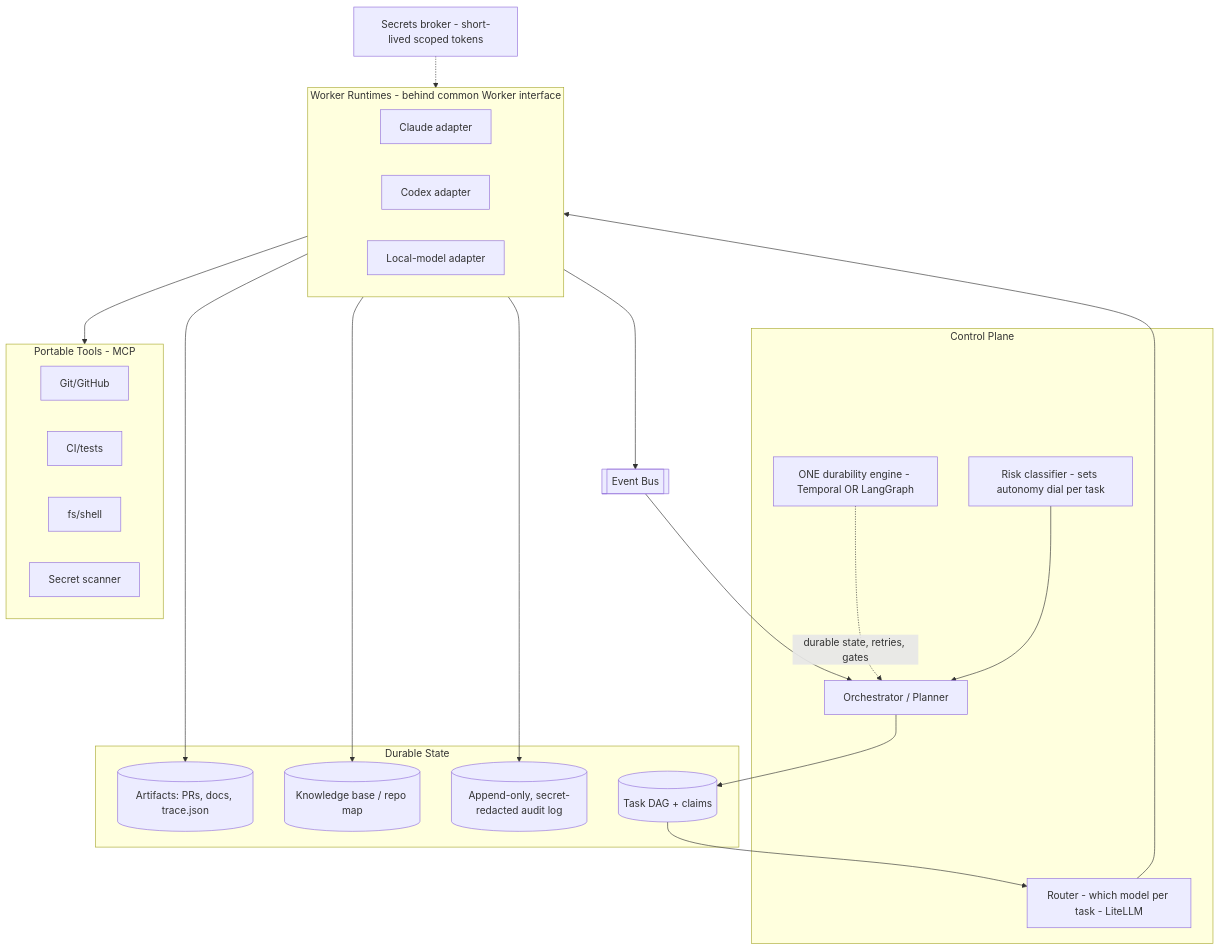
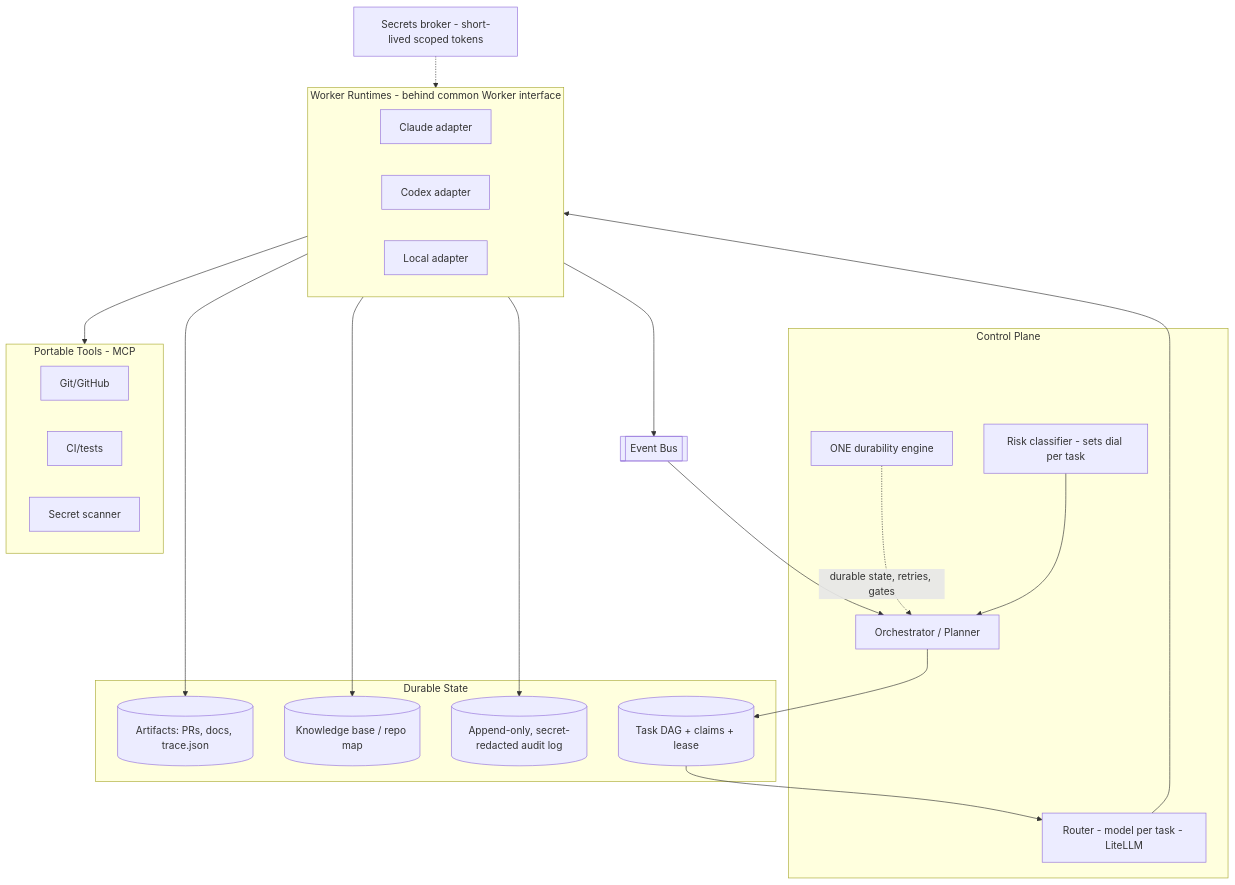
Before and after one commit to JNK234/claude-dotfiles: the second of 14 diagrams in research/autonomous-agent-fleet.md, drawn with Mermaid. The commit also changed other lines of this file, not shown here.

````diff
--- a/research/autonomous-agent-fleet.md
+++ b/research/autonomous-agent-fleet.md
@@ -166,34 +150,33 @@
 ```mermaid
 flowchart TB
     subgraph CP[Control Plane]
         ORCH[Orchestrator / Planner]
-        SCHED[Router - which model per task - LiteLLM]
-        DUR[ONE durability engine - Temporal OR LangGraph]
-        RISK[Risk classifier - sets autonomy dial per task]
+        SCHED[Router - model per task - LiteLLM]
+        DUR[ONE durability engine]
+        RISK[Risk classifier - sets dial per task]
     end
     subgraph ST[Durable State]
-        TQ[(Task DAG + claims)]
+        TQ[(Task DAG + claims + lease)]
         MEM[(Knowledge base / repo map)]
         ART[(Artifacts: PRs, docs, trace.json)]
         AUD[(Append-only, secret-redacted audit log)]
     end
     subgraph RT[Worker Runtimes - behind common Worker interface]
         RC[Claude adapter]
         RX[Codex adapter]
-        RL[Local-model adapter]
+        RL[Local adapter]
     end
     subgraph TL[Portable Tools - MCP]
         GIT[Git/GitHub]
         TEST[CI/tests]
-        FS[fs/shell]
         SEC[Secret scanner]
     end
     EVT[[Event Bus]]
     BROK[Secrets broker - short-lived scoped tokens]
     ORCH-->TQ-->SCHED-->RT-->TL
     RISK-->ORCH
     DUR-.durable state, retries, gates.->ORCH
     RT-->ART & MEM & AUD & EVT
     BROK-.->RT
     EVT-->ORCH
 ```
````
